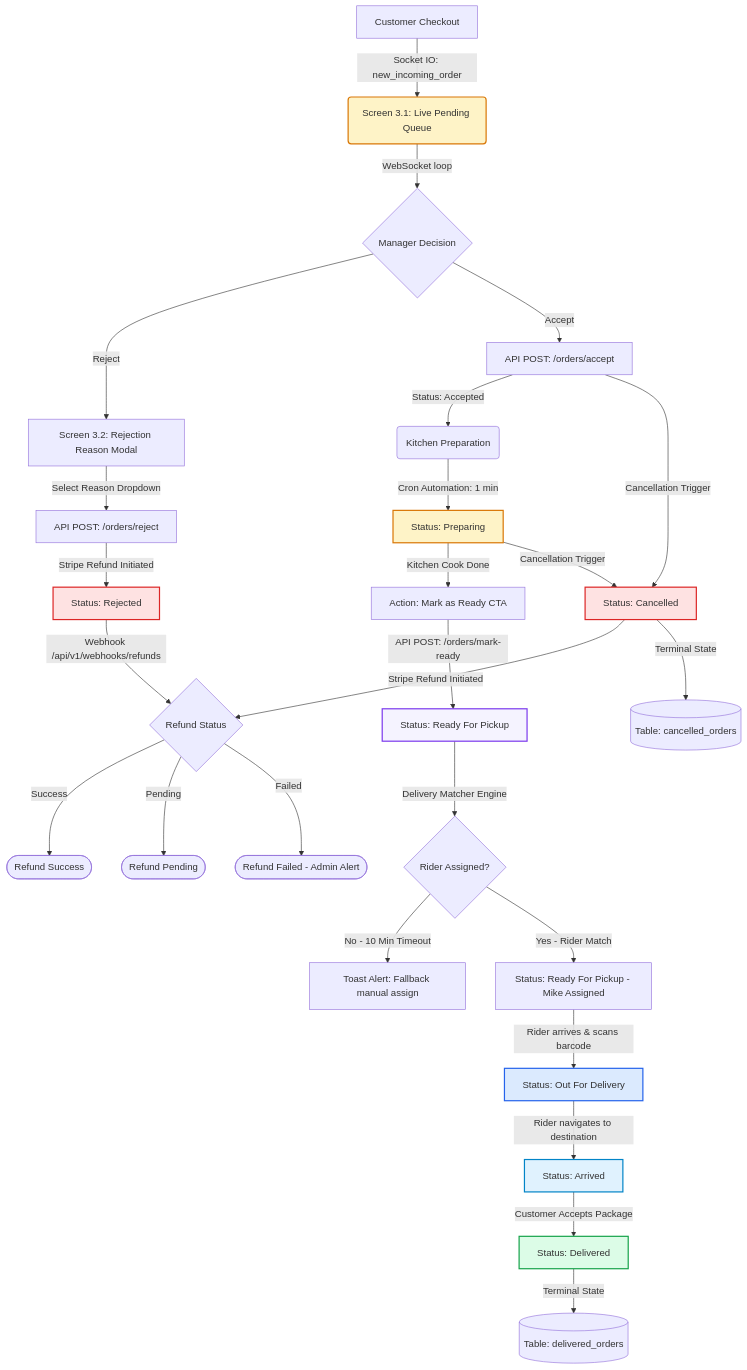
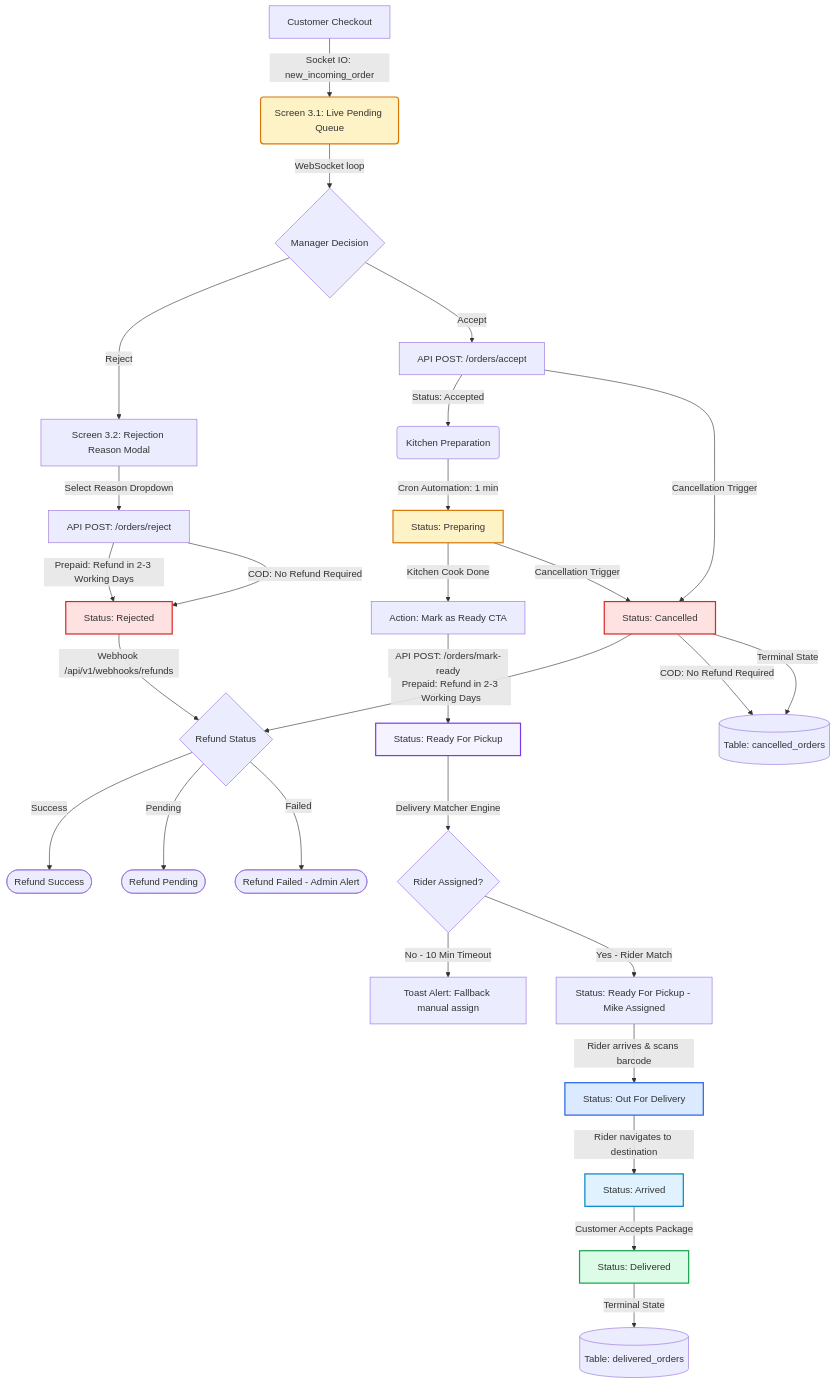
One commit to codentratechnologies/Restaurant-portals changed the diagram in restro2.md. Above: the diagram before and after it, drawn with Mermaid. The commit also changed other lines of this file, not shown here.

````diff
--- a/restro2.md
+++ b/restro2.md
@@ -1177,53 +1214,55 @@
 ```mermaid
 graph TD
     %% Order Creation & Intake
     A[Customer Checkout] -->|Socket IO: new_incoming_order| B(Screen 3.1: Live Pending Queue)
     B -->|WebSocket loop| C{Manager Decision}
     
     %% Rejection Path
     C -->|Reject| D[Screen 3.2: Rejection Reason Modal]
     D -->|Select Reason Dropdown| E[API POST: /orders/reject]
-    E -->|Stripe Refund Initiated| F[Status: Rejected]
+    E -->|Prepaid: Refund in 2-3 Working Days| F[Status: Rejected]
+    E -->|COD: No Refund Required| F[Status: Rejected]
     F -->|Webhook /api/v1/webhooks/refunds| G{Refund Status}
     G -->|Success| H([Refund Success])
     G -->|Pending| I([Refund Pending])
     G -->|Failed| J([Refund Failed - Admin Alert])
 
     %% Acceptance & Preparation Path
     C -->|Accept| K[API POST: /orders/accept]
     K -->|Status: Accepted| L(Kitchen Preparation)
     L -->|Cron Automation: 1 min| M[Status: Preparing]
     M -->|Kitchen Cook Done| N[Action: Mark as Ready CTA]
     N -->|API POST: /orders/mark-ready| O[Status: Ready For Pickup]
 
     %% Cancellation Paths (Allowed during Accepted or Preparing)
     K -->|Cancellation Trigger| Y[Status: Cancelled]
     M -->|Cancellation Trigger| Y[Status: Cancelled]
-    Y -->|Stripe Refund Initiated| G{Refund Status}
+    Y -->|Prepaid: Refund in 2-3 Working Days| G{Refund Status}
+    Y -->|COD: No Refund Required| Z[(Table: cancelled_orders)]
     
     %% Delivery Dispatch Matching
     O -->|Delivery Matcher Engine| P{Rider Assigned?}
     P -->|No - 10 Min Timeout| Q[Toast Alert: Fallback manual assign]
     P -->|Yes - Rider Match| R[Status: Ready For Pickup - Mike Assigned]
     
     %% Handover & Transit
     R -->|Rider arrives & scans barcode| S[Status: Out For Delivery]
     S -->|Rider navigates to destination| T[Status: Arrived]
     
     %% Handover Resolution
     T -->|Customer Accepts Package| U[Status: Delivered]
     
     %% Auditing Ledger
     U -->|Terminal State| W[(Table: delivered_orders)]
     Y -->|Terminal State| Z[(Table: cancelled_orders)]
     
     %% Style formatting
     style B fill:#FEF3C7,stroke:#D97706,stroke-width:2px
     style F fill:#FEE2E2,stroke:#DC2626,stroke-width:2px
     style M fill:#FEF3C7,stroke:#D97706,stroke-width:2px
     style O fill:#F5F3FF,stroke:#7C3AED,stroke-width:2px
     style S fill:#DBEAFE,stroke:#2563EB,stroke-width:2px
     style T fill:#E0F2FE,stroke:#0284C7,stroke-width:2px
     style U fill:#DCFCE7,stroke:#16A34A,stroke-width:2px
     style Y fill:#FEE2E2,stroke:#DC2626,stroke-width:2px
 ```
````
